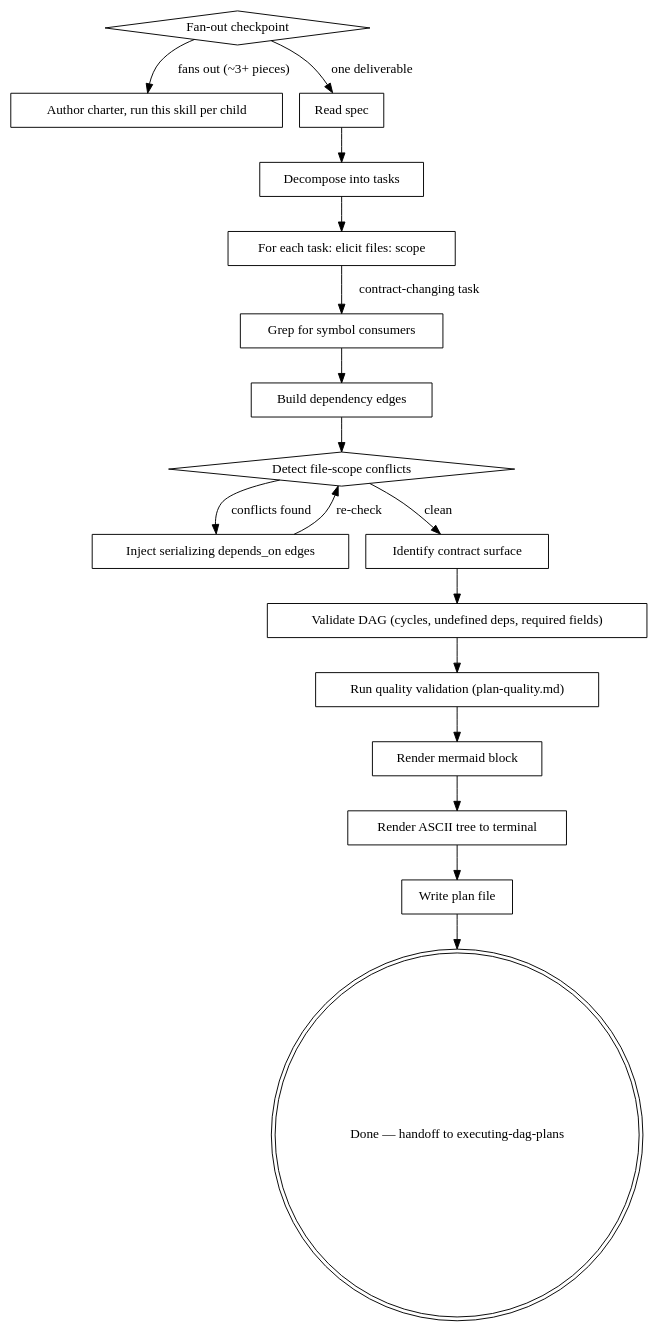
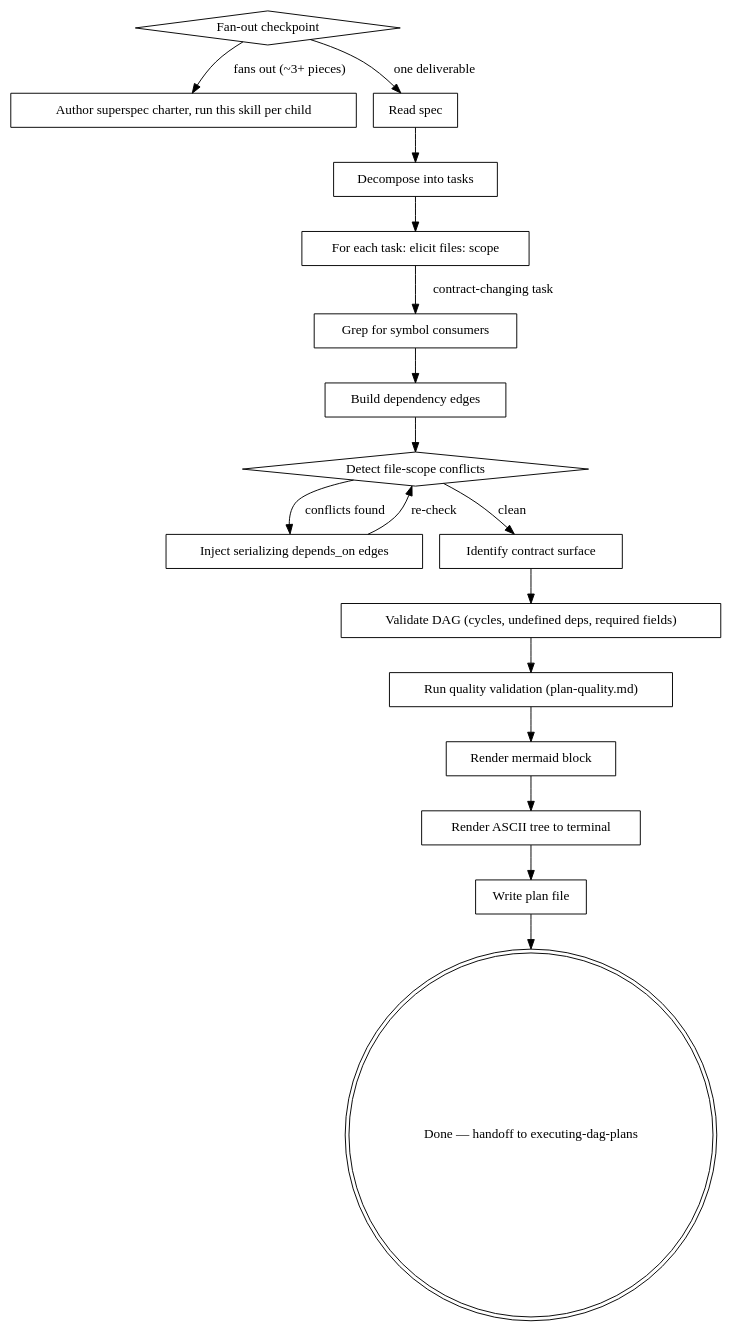
Before and after one commit to BrettNye/parallel-dag-execution: the diagram in skills/writing-dag-plans/SKILL.md, drawn with Graphviz. The commit also changed other lines of this file and 7 other files, not shown here.

First line of the commit message:
fix(skills): settle two contradicting rules and the two meanings of "charter"

````diff
--- a/skills/writing-dag-plans/SKILL.md
+++ b/skills/writing-dag-plans/SKILL.md
@@ -60,37 +66,37 @@
 ```dot
 digraph writing_dag_plans {
     "Fan-out checkpoint" [shape=diamond];
-    "Author charter, run this skill per child" [shape=box];
+    "Author superspec charter, run this skill per child" [shape=box];
     "Read spec" [shape=box];
     "Decompose into tasks" [shape=box];
     "For each task: elicit files: scope" [shape=box];
     "Build dependency edges" [shape=box];
     "Detect file-scope conflicts" [shape=diamond];
     "Inject serializing depends_on edges" [shape=box];
     "Validate DAG (cycles, undefined deps, required fields)" [shape=box];
     "Render mermaid block" [shape=box];
     "Render ASCII tree to terminal" [shape=box];
     "Write plan file" [shape=box];
     "Done — handoff to executing-dag-plans" [shape=doublecircle];
 
-    "Fan-out checkpoint" -> "Author charter, run this skill per child" [label="fans out (~3+ pieces)"];
+    "Fan-out checkpoint" -> "Author superspec charter, run this skill per child" [label="fans out (~3+ pieces)"];
     "Fan-out checkpoint" -> "Read spec" [label="one deliverable"];
     "Read spec" -> "Decompose into tasks";
     "Decompose into tasks" -> "For each task: elicit files: scope";
     "For each task: elicit files: scope" -> "Grep for symbol consumers" [label="contract-changing task"];
     "Grep for symbol consumers" [shape=box];
     "Grep for symbol consumers" -> "Build dependency edges";
     "Build dependency edges" -> "Detect file-scope conflicts";
     "Identify contract surface" [shape=box];
     "Detect file-scope conflicts" -> "Inject serializing depends_on edges" [label="conflicts found"];
     "Detect file-scope conflicts" -> "Identify contract surface" [label="clean"];
     "Inject serializing depends_on edges" -> "Detect file-scope conflicts" [label="re-check"];
     "Identify contract surface" -> "Validate DAG (cycles, undefined deps, required fields)";
     "Validate DAG (cycles, undefined deps, required fields)" -> "Run quality validation (plan-quality.md)";
     "Run quality validation (plan-quality.md)" [shape=box];
     "Run quality validation (plan-quality.md)" -> "Render mermaid block";
     "Render mermaid block" -> "Render ASCII tree to terminal";
     "Render ASCII tree to terminal" -> "Write plan file";
     "Write plan file" -> "Done — handoff to executing-dag-plans";
 }
 ```
````
